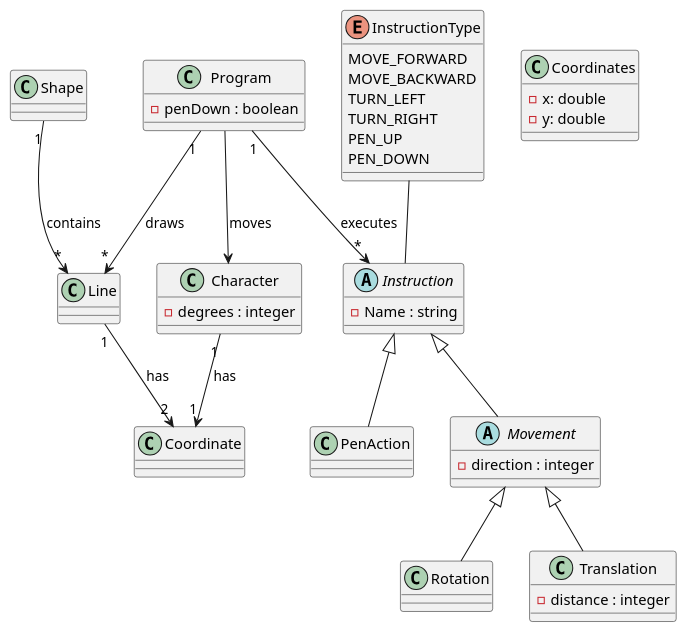
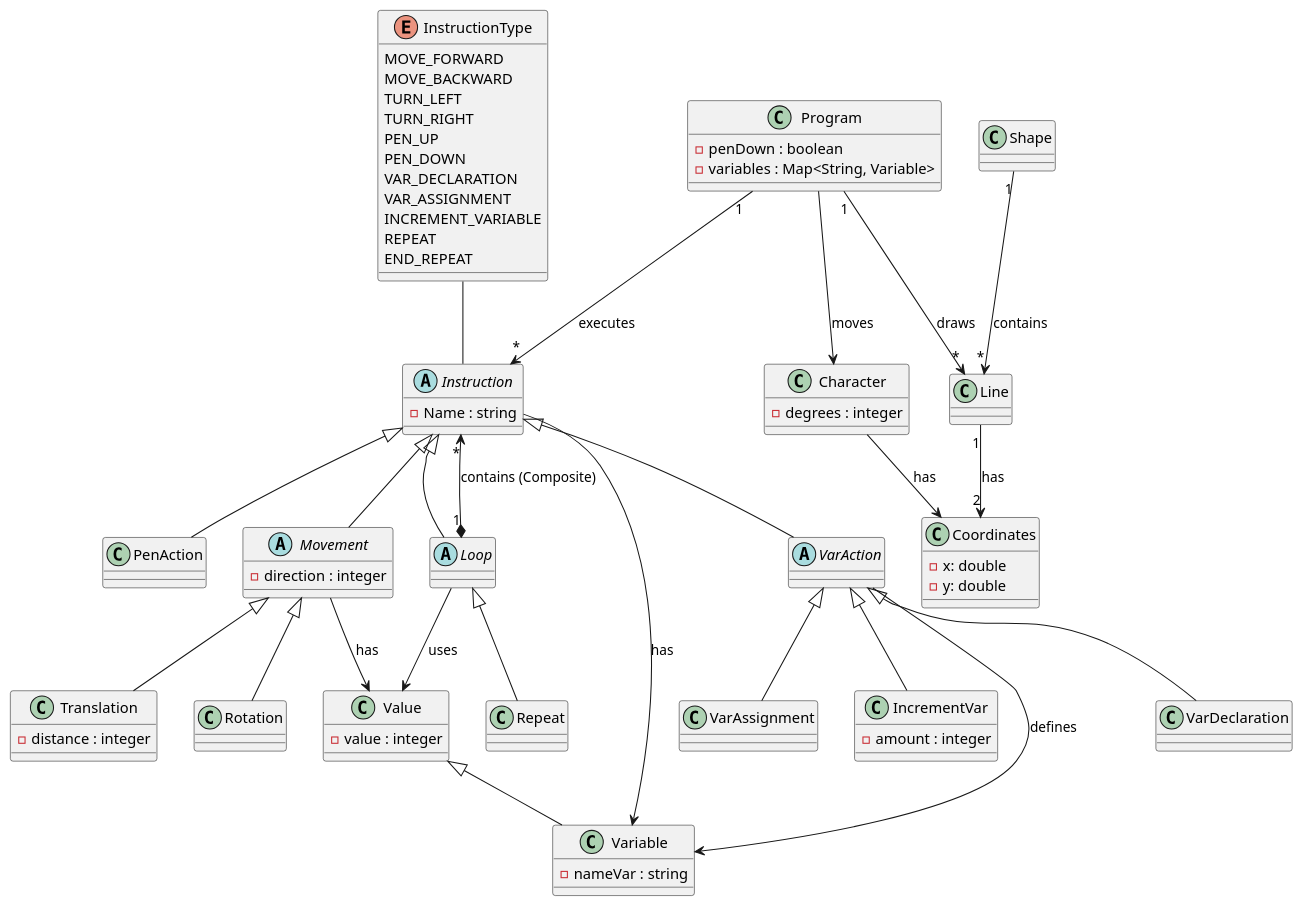
The diagram in UML/Domain Diagram.puml (eab98/Scratch), drawn with PlantUML before and after one commit.

Commit message:
feat(UML_Class): ajout des nouvelles fonctionnalites dans Domain Diagram

```diff
--- a/UML/Domain Diagram.puml
+++ b/UML/Domain Diagram.puml
@@ -1,62 +1,105 @@
 @startuml
 
 class Program {
         - penDown : boolean
+        - variables : Map<String, Variable>
 }
 
 class Character {
         - degrees : integer
 
     }
 class Coordinates {
     - x: double
     - y: double
 }
 
 abstract class Instruction {
     - Name : string
 }
 
 
 abstract class Movement extends Instruction {
      - direction : integer
      }
 
 
 class Rotation extends Movement
 
 class Translation extends Movement {
     - distance : integer
     }
 
 class Line {
 }
 
 class Shape {
 
 }
 
 class PenAction extends Instruction {
 
 }
 
 enum InstructionType {
     MOVE_FORWARD
     MOVE_BACKWARD
     TURN_LEFT
     TURN_RIGHT
     PEN_UP
     PEN_DOWN
+    VAR_DECLARATION
+    VAR_ASSIGNMENT
+    INCREMENT_VARIABLE
+    REPEAT
+    END_REPEAT
+}
+
+class Variable extends Value {
+    - nameVar : string
+}
+
+abstract class VarAction extends Instruction {
+
+}
+
+class VarDeclaration extends VarAction {
+
+}
+
+class VarAssignment extends VarAction {
+
+}
+
+class IncrementVar extends VarAction {
+    - amount : integer
+}
+
+abstract class Loop extends Instruction {
+
+}
+
+class Repeat extends Loop {
+
+}
+
+class Value {
+    - value : integer
 }
 
 ' --- RELATIONS --- '
 
 InstructionType -- Instruction
-Character "1" --> "1" Coordinate : has
+Character -->  Coordinates : has
 Program --> Character :  moves
 Program "1" --> "*" Instruction : executes
 Shape "1" --> "*" Line : contains
 Program "1" --> "*" Line : draws
-Line "1" --> "2" Coordinate : has
+Line "1" --> "2" Coordinates : has
+Instruction --> Variable : has
+VarAction --> Variable : defines
+Loop --> Value : uses
+Loop "1" *--> "*" Instruction : contains (Composite)
+Movement --> Value : has
 
 @end
```
